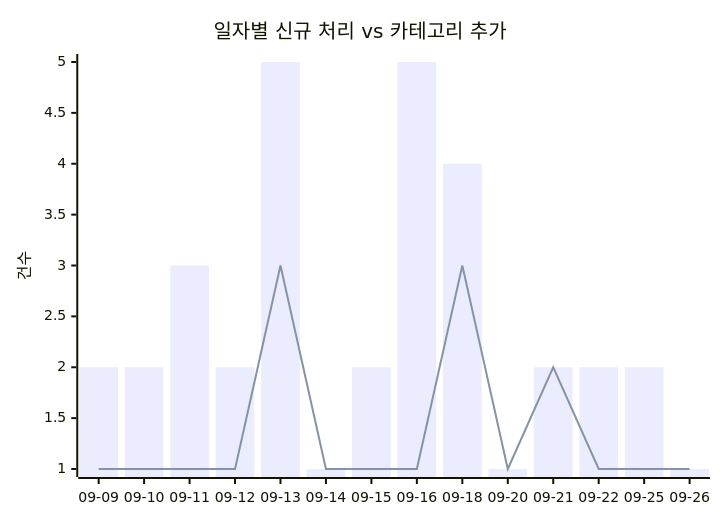
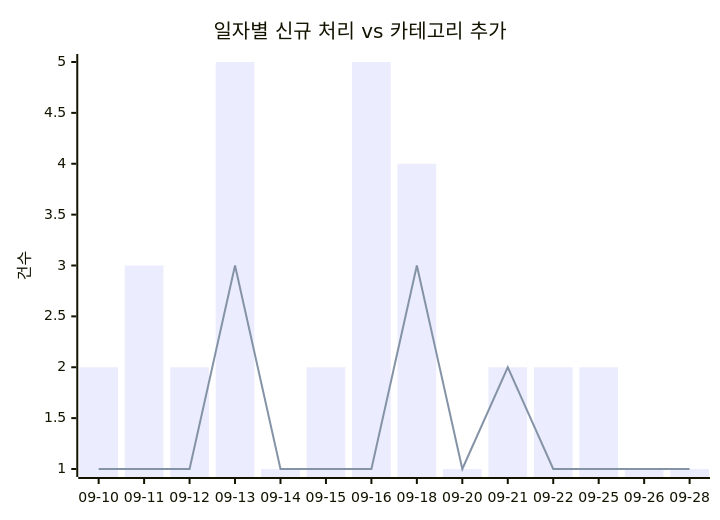
Before and after one commit to J-nowcow/awesome-korean-agent-skills: the first of 2 diagrams in docs/trends.md, drawn with Mermaid. The commit also changed other lines of this file and 4 other files, not shown here.

````diff
--- a/docs/trends.md
+++ b/docs/trends.md
@@ -32,8 +32,8 @@
 ```mermaid
 xychart-beta
     title "일자별 신규 처리 vs 카테고리 추가"
-    x-axis ["09-09","09-10","09-11","09-12","09-13","09-14","09-15","09-16","09-18","09-20","09-21","09-22","09-25","09-26"]
+    x-axis ["09-10","09-11","09-12","09-13","09-14","09-15","09-16","09-18","09-20","09-21","09-22","09-25","09-26","09-28"]
     y-axis "건수"
-    bar [2,2,3,2,5,1,2,5,4,1,2,2,2,1]
-    line [1,1,1,1,3,1,1,1,3,1,2,1,1,1]
+    bar [2,3,2,5,1,2,5,4,1,2,2,2,1,1]
+    line [1,1,1,3,1,1,1,3,1,2,1,1,1,1]
 ```
````
